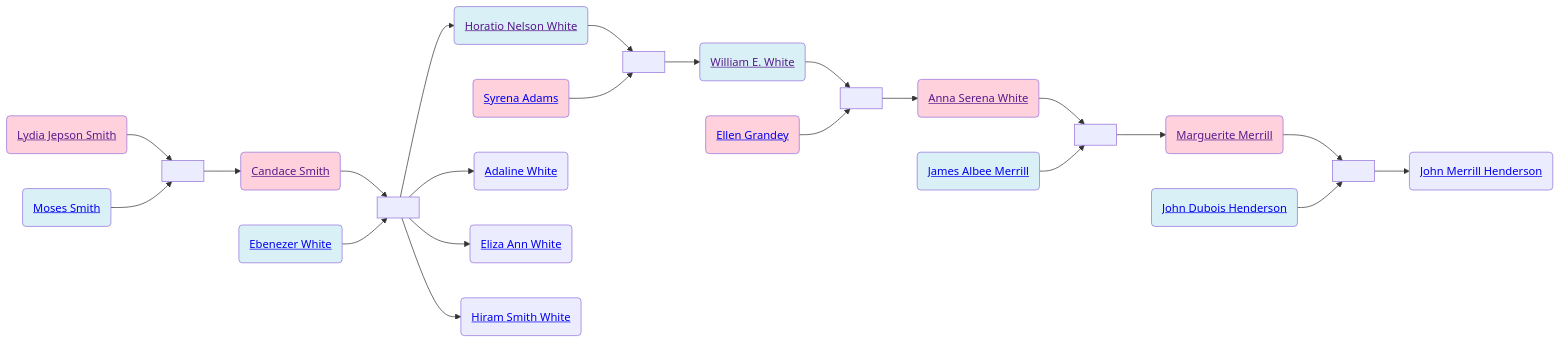
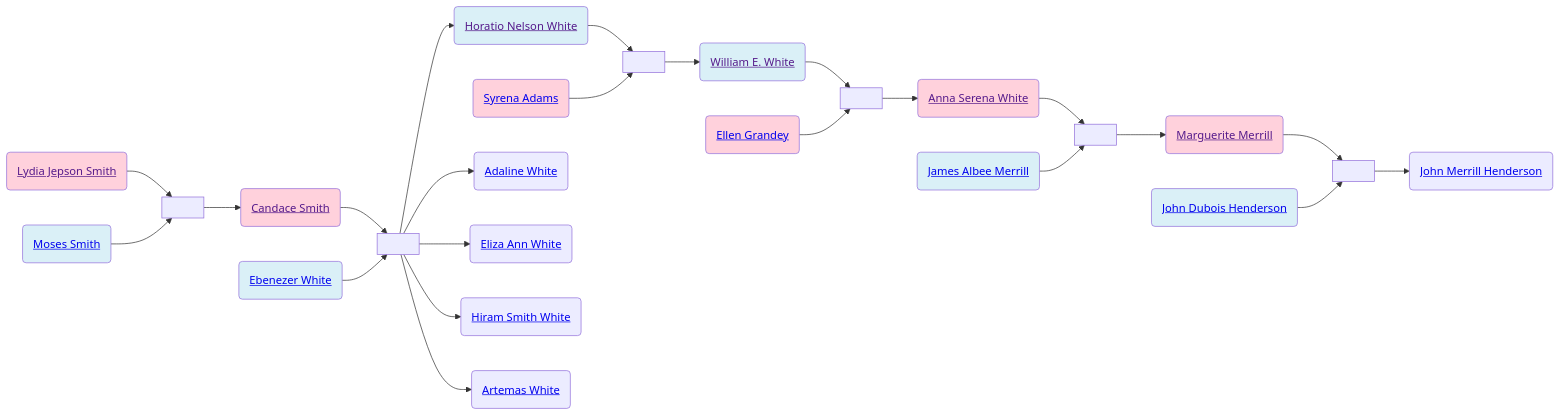
One commit to neelsmith/avocational changed the second of 2 diagrams in familyhistory/sources/people/Merrill-line/White-line/Candace-Smith-line/Lydia_Jepson_Smith.qmd. Above: the diagram before and after it, drawn with Mermaid. The commit also changed 46 other files, not shown here.

````diff
--- a/familyhistory/sources/people/Merrill-line/White-line/Candace-Smith-line/Lydia_Jepson_Smith.qmd
+++ b/familyhistory/sources/people/Merrill-line/White-line/Candace-Smith-line/Lydia_Jepson_Smith.qmd
@@ -47,53 +47,56 @@
 ```{mermaid}
 graph LR
 %% LR descendant diagram
 class Lydia_Jepson_Smith_and_Moses_Smith marriage
 Lydia_Jepson_Smith(<a href=''>Lydia Jepson Smith</>) --> Lydia_Jepson_Smith_and_Moses_Smith[ ]
 Moses_Smith(<a href='./../../../Moses_Smith_connections/Moses_Smith.html'>Moses Smith</>) --> Lydia_Jepson_Smith_and_Moses_Smith(( ))
 class Moses_Smith father
 class Lydia_Jepson_Smith mother
 Lydia_Jepson_Smith_and_Moses_Smith[ ] --> Candace_Smith(<a href='./Candace_Smith.html'>Candace Smith</>)
 class Candace_Smith_and_Ebenezer_White marriage
 Candace_Smith(<a href=''>Candace Smith</>) --> Candace_Smith_and_Ebenezer_White[ ]
 Ebenezer_White(<a href='./../Ebenezer_White.html'>Ebenezer White</>) --> Candace_Smith_and_Ebenezer_White(( ))
 class Ebenezer_White father
 class Candace_Smith mother
 Candace_Smith_and_Ebenezer_White[ ] --> Horatio_Nelson_White(<a href='./../Horatio_Nelson_White.html'>Horatio Nelson White</>)
 class Horatio_Nelson_White_and_Syrena_Adams marriage
 Horatio_Nelson_White(<a href=''>Horatio Nelson White</>) --> Horatio_Nelson_White_and_Syrena_Adams[ ]
 Syrena_Adams(<a href='./Syrena_Adams.html'>Syrena Adams</>) --> Horatio_Nelson_White_and_Syrena_Adams(( ))
 class Horatio_Nelson_White father
 class Syrena_Adams mother
 Horatio_Nelson_White_and_Syrena_Adams[ ] --> William_E._White(<a href='./William_E._White.html'>William E. White</>)
 class William_E._White_and_Ellen_Grandey marriage
 William_E._White(<a href=''>William E. White</>) --> William_E._White_and_Ellen_Grandey[ ]
 Ellen_Grandey(<a href='./../Grandey-line/Ellen_Grandey.html'>Ellen Grandey</>) --> William_E._White_and_Ellen_Grandey(( ))
 class William_E._White father
 class Ellen_Grandey mother
 William_E._White_and_Ellen_Grandey[ ] --> Anna_Serena_White(<a href='./Anna_Serena_White.html'>Anna Serena White</>)
 class Anna_Serena_White_and_James_Albee_Merrill marriage
 Anna_Serena_White(<a href=''>Anna Serena White</>) --> Anna_Serena_White_and_James_Albee_Merrill[ ]
 James_Albee_Merrill(<a href='./../James_Albee_Merrill.html'>James Albee Merrill</>) --> Anna_Serena_White_and_James_Albee_Merrill(( ))
 class James_Albee_Merrill father
 class Anna_Serena_White mother
 Anna_Serena_White_and_James_Albee_Merrill[ ] --> Marguerite_Merrill(<a href='./../Marguerite_Merrill.html'>Marguerite Merrill</>)
 class Marguerite_Merrill_and_John_Dubois_Henderson marriage
 Marguerite_Merrill(<a href=''>Marguerite Merrill</>) --> Marguerite_Merrill_and_John_Dubois_Henderson[ ]
 John_Dubois_Henderson(<a href='./../Henderson-line/John_Dubois_Henderson.html'>John Dubois Henderson</>) --> Marguerite_Merrill_and_John_Dubois_Henderson(( ))
 class John_Dubois_Henderson father
 class Marguerite_Merrill mother
 Marguerite_Merrill_and_John_Dubois_Henderson[ ] --> John_Merrill_Henderson(<a href='./../Henderson-line/John_Merrill_Henderson.html'>John Merrill Henderson</>)
 class Ebenezer_White father
 class Candace_Smith mother
 Candace_Smith_and_Ebenezer_White[ ] --> Adaline_White(<a href='./../Adaline_White.html'>Adaline White</>)
 class Ebenezer_White father
 class Candace_Smith mother
 Candace_Smith_and_Ebenezer_White[ ] --> Eliza_Ann_White(<a href='./../Eliza_Ann_White.html'>Eliza Ann White</>)
 class Ebenezer_White father
 class Candace_Smith mother
 Candace_Smith_and_Ebenezer_White[ ] --> Hiram_Smith_White(<a href='./../Hiram_Smith_White.html'>Hiram Smith White</>)
+class Ebenezer_White father
+class Candace_Smith mother
+Candace_Smith_and_Ebenezer_White[ ] --> Artemas_White(<a href='./../Artemas_White.html'>Artemas White</>)
 classDef mother fill:#ffd1dc
 classDef father fill:#daf0f7  
 classDef marriage fill:#ffffff
 
 ```
````
